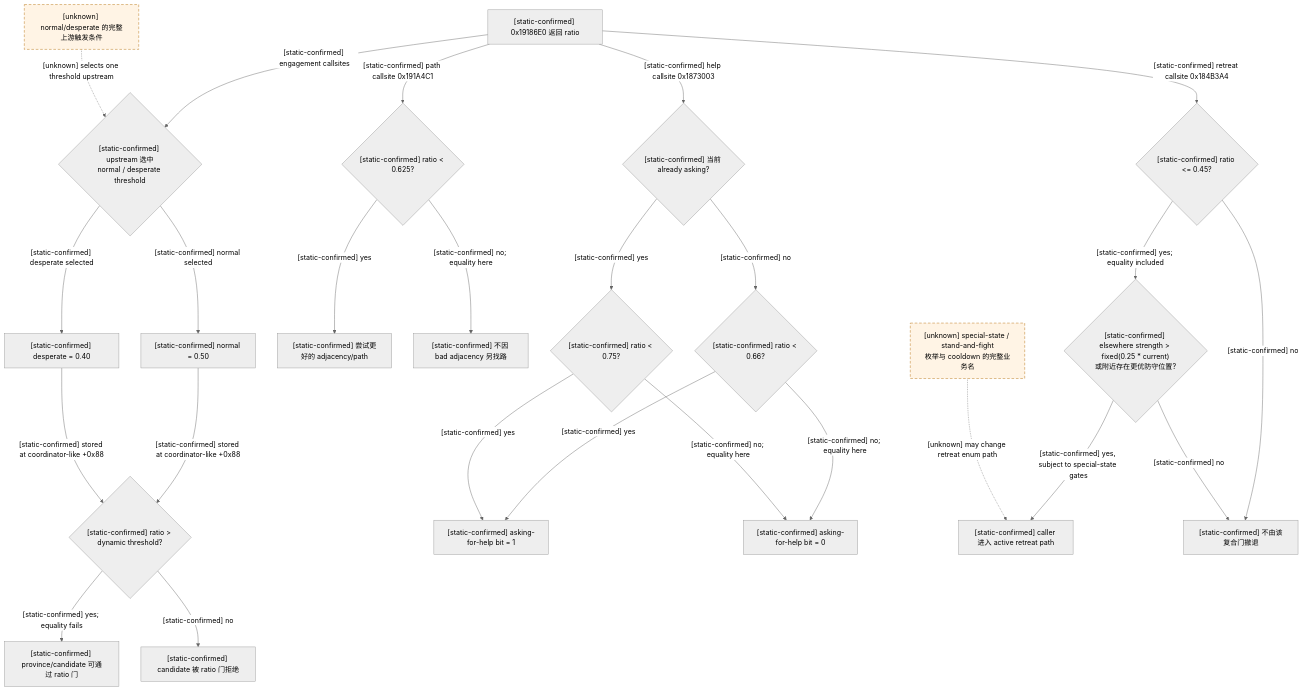
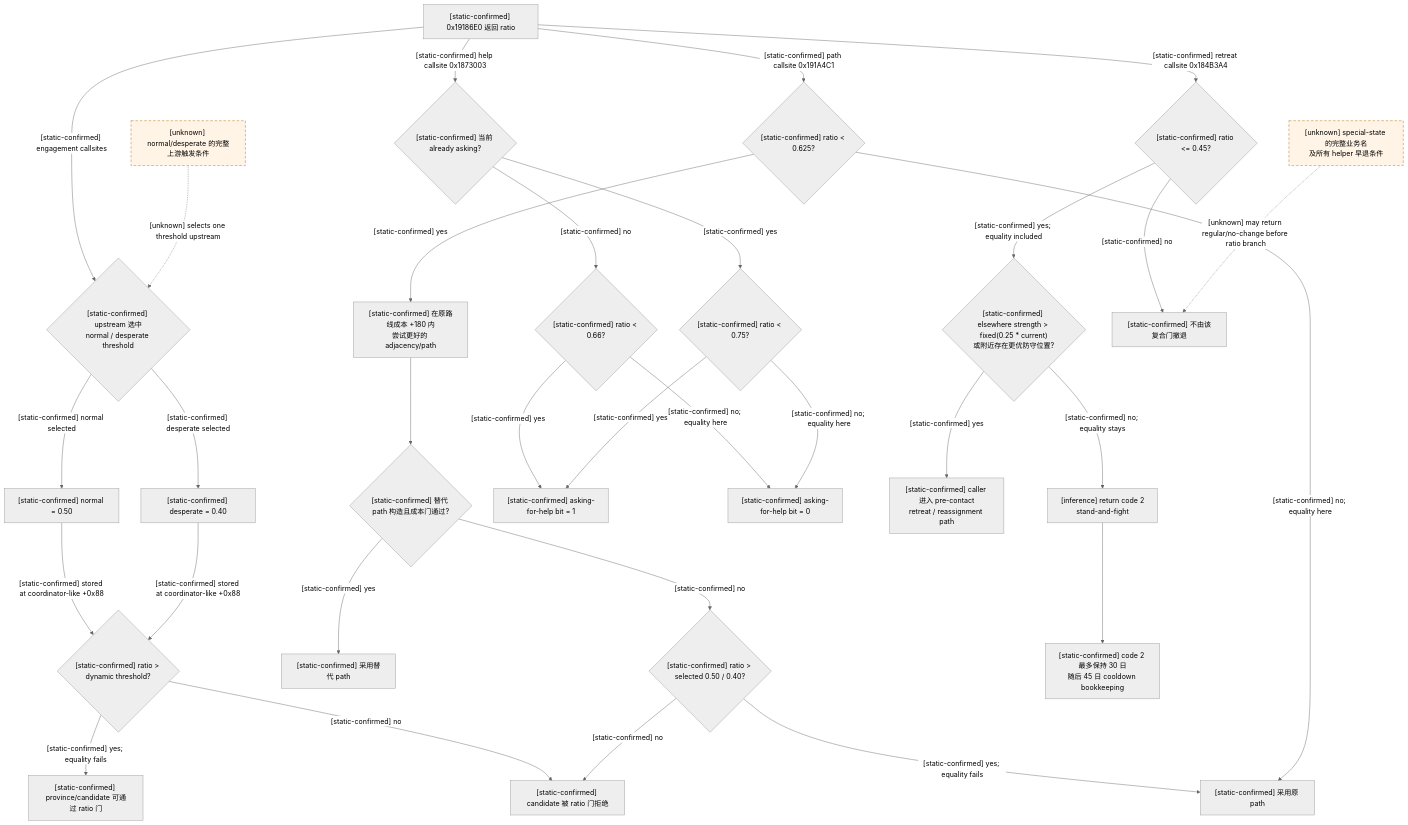
The fourth of 7 diagrams in docs/ck3-native-ai/combat-prediction.md (XenoAmess/ck3_eternal_recurrence), drawn with Mermaid (neutral theme) before and after one commit. The commit also changed other lines of this file and 1 other file, not shown here.

Commit message:
Document unavoidable-contact AI fallback

````diff
--- a/docs/ck3-native-ai/combat-prediction.md
+++ b/docs/ck3-native-ai/combat-prediction.md
@@ -222,52 +222,63 @@
 ```mermaid
 flowchart TD
     P["[static-confirmed] 0x19186E0 返回 ratio"]
     D{"[static-confirmed] upstream 选中<br/>normal / desperate threshold"}
     N["[static-confirmed] normal = 0.50"]
     X["[static-confirmed] desperate = 0.40"]
     V{"[static-confirmed] ratio > dynamic threshold?"}
     OK["[static-confirmed] province/candidate 可通过 ratio 门"]
     NO["[static-confirmed] candidate 被 ratio 门拒绝"]
     A{"[static-confirmed] ratio < 0.625?"}
-    ALT["[static-confirmed] 尝试更好的 adjacency/path"]
-    DIRECT["[static-confirmed] 不因 bad adjacency 另找路"]
+    ALT["[static-confirmed] 在原路线成本 +180 内<br/>尝试更好的 adjacency/path"]
+    ALTV{"[static-confirmed] 替代 path 构造且成本门通过?"}
+    ALTOK["[static-confirmed] 采用替代 path"]
+    ORIG["[static-confirmed] 采用原 path"]
+    PV{"[static-confirmed] ratio > selected 0.50 / 0.40?"}
     H{"[static-confirmed] 当前 already asking?"}
     H0{"[static-confirmed] ratio < 0.66?"}
     H1{"[static-confirmed] ratio < 0.75?"}
     ASK["[static-confirmed] asking-for-help bit = 1"]
     STOP["[static-confirmed] asking-for-help bit = 0"]
     Q{"[static-confirmed] ratio <= 0.45?"}
     F{"[static-confirmed] elsewhere strength > fixed(0.25 * current)<br/>或附近存在更优防守位置?"}
-    RET["[static-confirmed] caller 进入 active retreat path"]
+    RET["[static-confirmed] caller 进入 pre-contact<br/>retreat / reassignment path"]
+    SF["[inference] return code 2<br/>stand-and-fight"]
+    CD["[static-confirmed] code 2 最多保持 30 日<br/>随后 45 日 cooldown bookkeeping"]
     STAY["[static-confirmed] 不由该复合门撤退"]
     MODE["[unknown] normal/desperate 的完整上游触发条件"]
-    GUARD["[unknown] special-state / stand-and-fight<br/>枚举与 cooldown 的完整业务名"]
+    GUARD["[unknown] special-state 的完整业务名<br/>及所有 helper 早退条件"]
 
     P -->|"[static-confirmed] engagement callsites"| D
     D -->|"[static-confirmed] normal selected"| N
     D -->|"[static-confirmed] desperate selected"| X
     N -->|"[static-confirmed] stored at coordinator-like +0x88"| V
     X -->|"[static-confirmed] stored at coordinator-like +0x88"| V
     V -->|"[static-confirmed] yes; equality fails"| OK
     V -->|"[static-confirmed] no"| NO
     P -->|"[static-confirmed] path callsite 0x191A4C1"| A
     A -->|"[static-confirmed] yes"| ALT
-    A -->|"[static-confirmed] no; equality here"| DIRECT
+    ALT --> ALTV
+    ALTV -->|"[static-confirmed] yes"| ALTOK
+    ALTV -->|"[static-confirmed] no"| PV
+    PV -->|"[static-confirmed] yes; equality fails"| ORIG
+    PV -->|"[static-confirmed] no"| NO
+    A -->|"[static-confirmed] no; equality here"| ORIG
     P -->|"[static-confirmed] help callsite 0x1873003"| H
     H -->|"[static-confirmed] no"| H0
     H -->|"[static-confirmed] yes"| H1
     H0 -->|"[static-confirmed] yes"| ASK
     H0 -->|"[static-confirmed] no; equality here"| STOP
     H1 -->|"[static-confirmed] yes"| ASK
     H1 -->|"[static-confirmed] no; equality here"| STOP
     P -->|"[static-confirmed] retreat callsite 0x184B3A4"| Q
     Q -->|"[static-confirmed] yes; equality included"| F
     Q -->|"[static-confirmed] no"| STAY
-    F -->|"[static-confirmed] yes, subject to special-state gates"| RET
-    F -->|"[static-confirmed] no"| STAY
+    F -->|"[static-confirmed] yes"| RET
+    F -->|"[static-confirmed] no; equality stays"| SF
+    SF --> CD
     MODE -. "[unknown] selects one threshold upstream" .-> D
-    GUARD -. "[unknown] may change retreat enum path" .-> RET
+    GUARD -. "[unknown] may return regular/no-change before ratio branch" .-> STAY
 
     classDef unknown stroke-dasharray: 6 4,fill:#fff4e5,stroke:#b36b00;
     class MODE,GUARD unknown;
 ```
````
